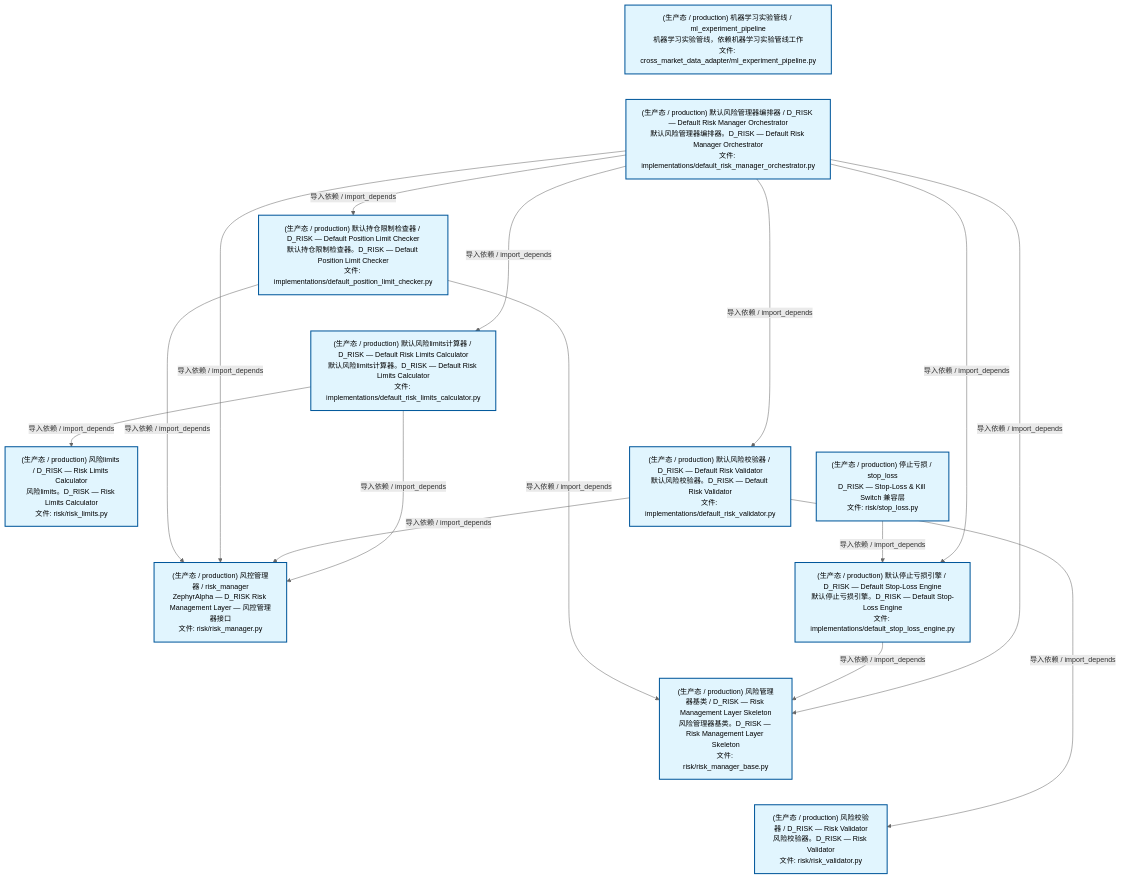
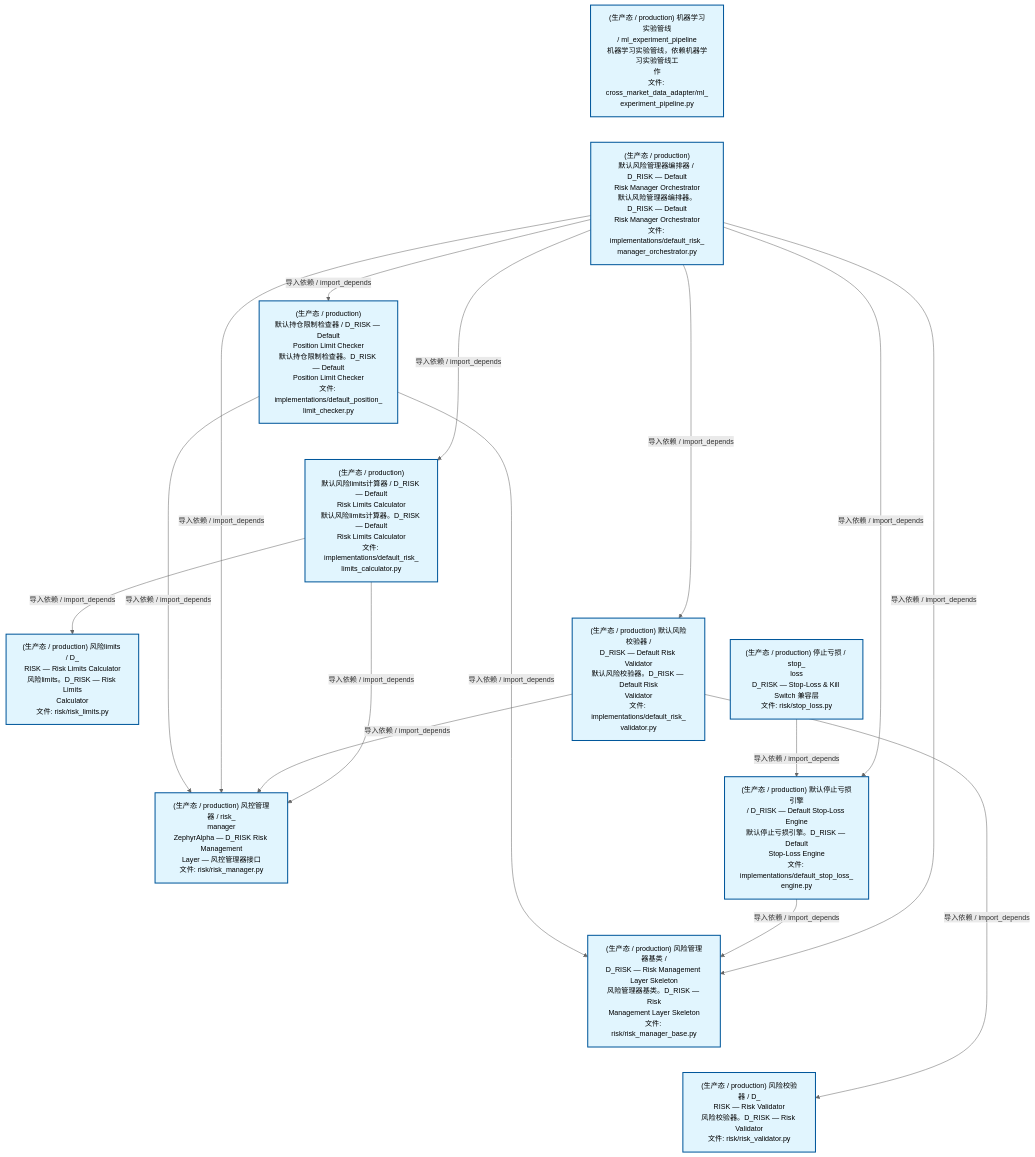
One commit to xuanFelixVan/ZephyrAlpha changed the second of 4 diagrams in docs/02_enterprise_architecture/02_domain_architecture_docs/65_d_risk.md. Above: the diagram before and after it, drawn with Mermaid. The commit also changed other lines of this file and 59 other files, not shown here.

````diff
--- a/docs/02_enterprise_architecture/02_domain_architecture_docs/65_d_risk.md
+++ b/docs/02_enterprise_architecture/02_domain_architecture_docs/65_d_risk.md
@@ -134,42 +134,42 @@
 ```mermaid
 %%{init: {'theme': 'base', 'themeVariables': {'primaryColor': '#eaeaea', 'primaryTextColor': '#333333', 'primaryBorderColor': '#666666', 'lineColor': '#666666', 'secondaryColor': '#eaeaea', 'tertiaryColor': '#eaeaea', 'fontSize': '14px'}}}%%
 flowchart TD
-    src_zephyr_risk_cross_asset_cross_market_data_adapter_ml_experiment_pipeline_py["(生产态 / production) 机器学习实验管线 / ml_experiment_pipeline<br/>机器学习实验管线，依赖机器学习实验管线工作<br/>文件: cross_market_data_adapter/ml_experiment_pipeline.py"]
-    src_zephyr_risk_implementations_default_risk_manager_orchestrator_py["(生产态 / production) 默认风险管理器编排器 / D_RISK — Default Risk Manager Orchestrator<br/>默认风险管理器编排器。D_RISK — Default Risk Manager Orchestrator<br/>文件: implementations/default_risk_manager_orchestrator.py"]
-    src_zephyr_risk_stop_loss_py["(生产态 / production) 停止亏损 / stop_loss<br/>D_RISK — Stop-Loss & Kill Switch 兼容层<br/>文件: risk/stop_loss.py"]
+    src_zephyr_risk_cross_asset_cross_market_data_adapter_ml_experiment_pipeline_py["(生产态 / production) 机器学习实验管线<br/>/ ml_experiment_pipeline<br/>机器学习实验管线，依赖机器学习实验管线工<br/>作<br/>文件: cross_market_data_adapter/ml_<br/>experiment_pipeline.py"]
+    src_zephyr_risk_implementations_default_risk_manager_orchestrator_py["(生产态 / production)<br/>默认风险管理器编排器 / D_RISK — Default<br/>Risk Manager Orchestrator<br/>默认风险管理器编排器。D_RISK — Default<br/>Risk Manager Orchestrator<br/>文件: implementations/default_risk_<br/>manager_orchestrator.py"]
+    src_zephyr_risk_stop_loss_py["(生产态 / production) 停止亏损 / stop_<br/>loss<br/>D_RISK — Stop-Loss & Kill Switch 兼容层<br/>文件: risk/stop_loss.py"]
     src_zephyr_risk_cross_asset_cross_market_data_adapter_ml_experiment_pipeline_py ~~~ src_zephyr_risk_implementations_default_risk_manager_orchestrator_py
     src_zephyr_risk_implementations_default_risk_manager_orchestrator_py ~~~ src_zephyr_risk_stop_loss_py
-    src_zephyr_risk_implementations_default_position_limit_checker_py["(生产态 / production) 默认持仓限制检查器 / D_RISK — Default Position Limit Checker<br/>默认持仓限制检查器。D_RISK — Default Position Limit Checker<br/>文件: implementations/default_position_limit_checker.py"]
-    src_zephyr_risk_implementations_default_risk_limits_calculator_py["(生产态 / production) 默认风险limits计算器 / D_RISK — Default Risk Limits Calculator<br/>默认风险limits计算器。D_RISK — Default Risk Limits Calculator<br/>文件: implementations/default_risk_limits_calculator.py"]
-    src_zephyr_risk_implementations_default_risk_validator_py["(生产态 / production) 默认风险校验器 / D_RISK — Default Risk Validator<br/>默认风险校验器。D_RISK — Default Risk Validator<br/>文件: implementations/default_risk_validator.py"]
-    src_zephyr_risk_implementations_default_stop_loss_engine_py["(生产态 / production) 默认停止亏损引擎 / D_RISK — Default Stop-Loss Engine<br/>默认停止亏损引擎。D_RISK — Default Stop-Loss Engine<br/>文件: implementations/default_stop_loss_engine.py"]
+    src_zephyr_risk_implementations_default_position_limit_checker_py["(生产态 / production)<br/>默认持仓限制检查器 / D_RISK — Default<br/>Position Limit Checker<br/>默认持仓限制检查器。D_RISK — Default<br/>Position Limit Checker<br/>文件: implementations/default_position_<br/>limit_checker.py"]
+    src_zephyr_risk_implementations_default_risk_limits_calculator_py["(生产态 / production)<br/>默认风险limits计算器 / D_RISK — Default<br/>Risk Limits Calculator<br/>默认风险limits计算器。D_RISK — Default<br/>Risk Limits Calculator<br/>文件: implementations/default_risk_<br/>limits_calculator.py"]
+    src_zephyr_risk_implementations_default_risk_validator_py["(生产态 / production) 默认风险校验器 /<br/>D_RISK — Default Risk Validator<br/>默认风险校验器。D_RISK — Default Risk<br/>Validator<br/>文件: implementations/default_risk_<br/>validator.py"]
+    src_zephyr_risk_implementations_default_stop_loss_engine_py["(生产态 / production) 默认停止亏损引擎<br/>/ D_RISK — Default Stop-Loss Engine<br/>默认停止亏损引擎。D_RISK — Default<br/>Stop-Loss Engine<br/>文件: implementations/default_stop_loss_<br/>engine.py"]
     src_zephyr_risk_implementations_default_position_limit_checker_py ~~~ src_zephyr_risk_implementations_default_risk_limits_calculator_py
     src_zephyr_risk_implementations_default_risk_limits_calculator_py ~~~ src_zephyr_risk_implementations_default_risk_validator_py
     src_zephyr_risk_implementations_default_risk_validator_py ~~~ src_zephyr_risk_implementations_default_stop_loss_engine_py
-    src_zephyr_risk_risk_limits_py["(生产态 / production) 风险limits / D_RISK — Risk Limits Calculator<br/>风险limits。D_RISK — Risk Limits Calculator<br/>文件: risk/risk_limits.py"]
-    src_zephyr_risk_risk_manager_py["(生产态 / production) 风控管理器 / risk_manager<br/>ZephyrAlpha — D_RISK Risk Management Layer — 风控管理器接口<br/>文件: risk/risk_manager.py"]
-    src_zephyr_risk_risk_manager_base_py["(生产态 / production) 风险管理器基类 / D_RISK — Risk Management Layer Skeleton<br/>风险管理器基类。D_RISK — Risk Management Layer Skeleton<br/>文件: risk/risk_manager_base.py"]
-    src_zephyr_risk_risk_validator_py["(生产态 / production) 风险校验器 / D_RISK — Risk Validator<br/>风险校验器。D_RISK — Risk Validator<br/>文件: risk/risk_validator.py"]
+    src_zephyr_risk_risk_limits_py["(生产态 / production) 风险limits / D_<br/>RISK — Risk Limits Calculator<br/>风险limits。D_RISK — Risk Limits<br/>Calculator<br/>文件: risk/risk_limits.py"]
+    src_zephyr_risk_risk_manager_py["(生产态 / production) 风控管理器 / risk_<br/>manager<br/>ZephyrAlpha — D_RISK Risk Management<br/>Layer — 风控管理器接口<br/>文件: risk/risk_manager.py"]
+    src_zephyr_risk_risk_manager_base_py["(生产态 / production) 风险管理器基类 /<br/>D_RISK — Risk Management Layer Skeleton<br/>风险管理器基类。D_RISK — Risk<br/>Management Layer Skeleton<br/>文件: risk/risk_manager_base.py"]
+    src_zephyr_risk_risk_validator_py["(生产态 / production) 风险校验器 / D_<br/>RISK — Risk Validator<br/>风险校验器。D_RISK — Risk Validator<br/>文件: risk/risk_validator.py"]
     src_zephyr_risk_risk_limits_py ~~~ src_zephyr_risk_risk_manager_py
     src_zephyr_risk_risk_manager_py ~~~ src_zephyr_risk_risk_manager_base_py
     src_zephyr_risk_risk_manager_base_py ~~~ src_zephyr_risk_risk_validator_py
     src_zephyr_risk_stop_loss_py -->|导入依赖 / import_depends| src_zephyr_risk_implementations_default_stop_loss_engine_py
     src_zephyr_risk_implementations_default_position_limit_checker_py -->|导入依赖 / import_depends| src_zephyr_risk_risk_manager_py
     src_zephyr_risk_implementations_default_position_limit_checker_py -->|导入依赖 / import_depends| src_zephyr_risk_risk_manager_base_py
     src_zephyr_risk_implementations_default_stop_loss_engine_py -->|导入依赖 / import_depends| src_zephyr_risk_risk_manager_base_py
     src_zephyr_risk_implementations_default_risk_manager_orchestrator_py -->|导入依赖 / import_depends| src_zephyr_risk_risk_manager_py
     src_zephyr_risk_implementations_default_risk_manager_orchestrator_py -->|导入依赖 / import_depends| src_zephyr_risk_risk_manager_base_py
     src_zephyr_risk_implementations_default_risk_manager_orchestrator_py -->|导入依赖 / import_depends| src_zephyr_risk_implementations_default_position_limit_checker_py
     src_zephyr_risk_implementations_default_risk_manager_orchestrator_py -->|导入依赖 / import_depends| src_zephyr_risk_implementations_default_stop_loss_engine_py
     src_zephyr_risk_implementations_default_risk_manager_orchestrator_py -->|导入依赖 / import_depends| src_zephyr_risk_implementations_default_risk_validator_py
     src_zephyr_risk_implementations_default_risk_manager_orchestrator_py -->|导入依赖 / import_depends| src_zephyr_risk_implementations_default_risk_limits_calculator_py
     src_zephyr_risk_implementations_default_risk_validator_py -->|导入依赖 / import_depends| src_zephyr_risk_risk_validator_py
     src_zephyr_risk_implementations_default_risk_validator_py -->|导入依赖 / import_depends| src_zephyr_risk_risk_manager_py
     src_zephyr_risk_implementations_default_risk_limits_calculator_py -->|导入依赖 / import_depends| src_zephyr_risk_risk_limits_py
     src_zephyr_risk_implementations_default_risk_limits_calculator_py -->|导入依赖 / import_depends| src_zephyr_risk_risk_manager_py
     classDef production fill:#e1f5fe,stroke:#01579b,stroke-width:2px,color:#000
     classDef design fill:#fff3e0,stroke:#e65100,stroke-width:2px,color:#000,stroke-dasharray: 5 5
     classDef external_prod fill:#e8f4fd,stroke:#0277bd,stroke-width:1px,color:#000
     classDef external_design fill:#fff8e7,stroke:#ef6c00,stroke-width:1px,color:#000,stroke-dasharray: 5 5
     class src_zephyr_risk_cross_asset_cross_market_data_adapter_ml_experiment_pipeline_py,src_zephyr_risk_implementations_default_position_limit_checker_py,src_zephyr_risk_implementations_default_risk_limits_calculator_py,src_zephyr_risk_implementations_default_risk_manager_orchestrator_py,src_zephyr_risk_implementations_default_risk_validator_py,src_zephyr_risk_implementations_default_stop_loss_engine_py,src_zephyr_risk_risk_limits_py,src_zephyr_risk_risk_manager_py,src_zephyr_risk_risk_manager_base_py,src_zephyr_risk_risk_validator_py,src_zephyr_risk_stop_loss_py production
 ```
````
